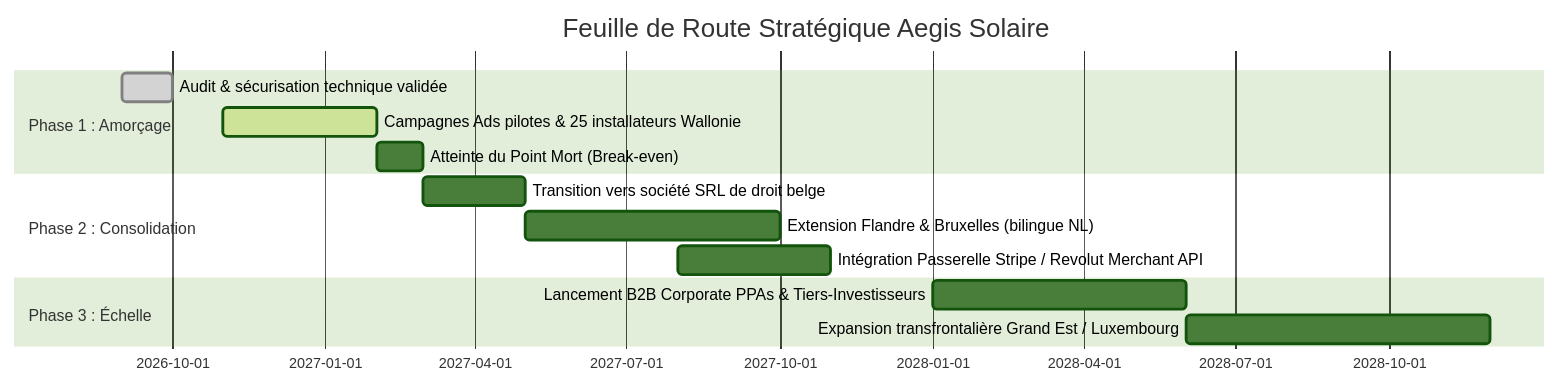
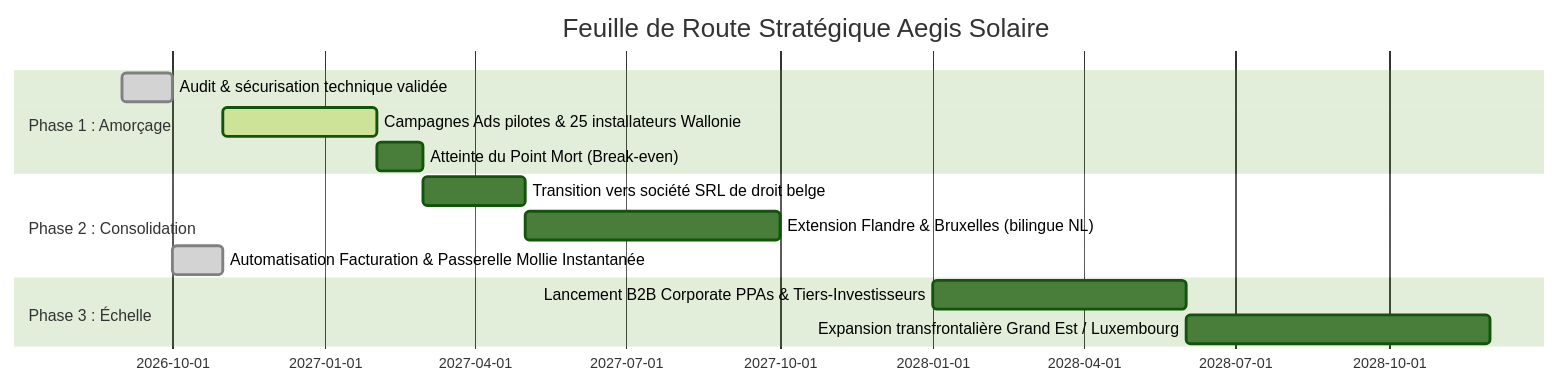
The diagram in BUSINESS-PLAN.md (nathannremacle/aegis-solaire), drawn with Mermaid (forest theme) before and after one commit. The commit also changed other lines of this file and 119 other files, not shown here.

````diff
--- a/BUSINESS-PLAN.md
+++ b/BUSINESS-PLAN.md
@@ -470,16 +470,16 @@
 ```mermaid
 gantt
     title Feuille de Route Stratégique Aegis Solaire
     dateFormat  YYYY-MM
     section Phase 1 : Amorçage
     Audit & sécurisation technique validée :done, 2026-09, 2026-10
     Campagnes Ads pilotes & 25 installateurs Wallonie :active, 2026-11, 2027-02
     Atteinte du Point Mort (Break-even) :2027-02, 2027-03
     section Phase 2 : Consolidation
     Transition vers société SRL de droit belge :2027-03, 2027-05
     Extension Flandre & Bruxelles (bilingue NL) :2027-05, 2027-10
-    Intégration Passerelle Stripe / Revolut Merchant API :2027-08, 2027-11
+    Automatisation Facturation & Passerelle Mollie Instantanée :done, 2026-10, 2026-11
     section Phase 3 : Échelle
     Lancement B2B Corporate PPAs & Tiers-Investisseurs :2028-01, 2028-06
     Expansion transfrontalière Grand Est / Luxembourg :2028-06, 2028-12
 ```
````
